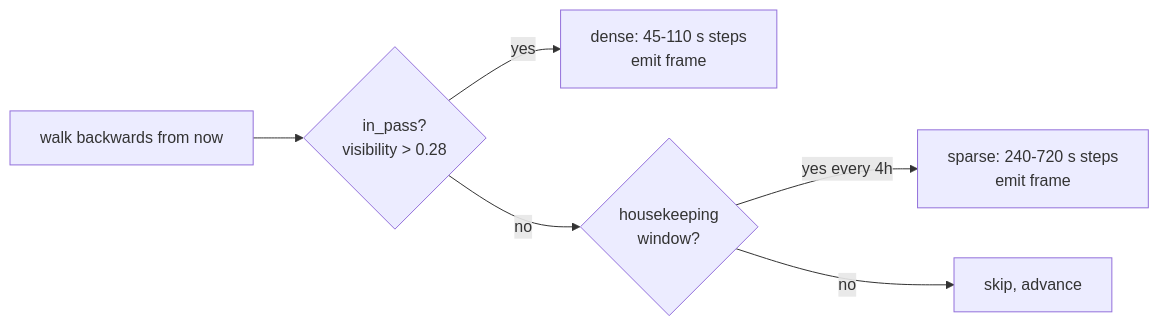
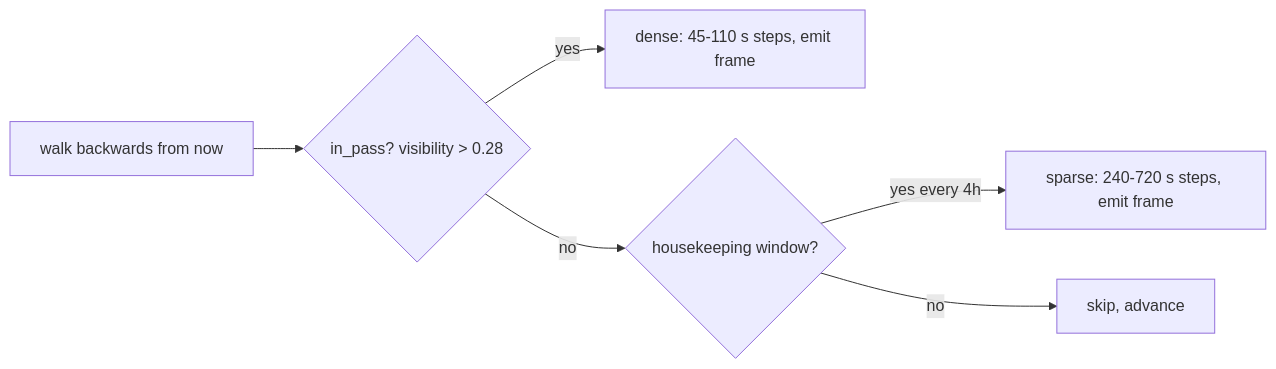
One commit to yoohooshantanu/Downlink changed the sixth of 9 diagrams in README.md. Above: the diagram before and after it, drawn with Mermaid. The commit also changed other lines of this file, not shown here.

Commit message:
docs: use purely standard mermaid syntax to fix VS Code / Markdown preview compatibility

````diff
--- a/README.md
+++ b/README.md
@@ -284,8 +287,8 @@
 ```mermaid
 flowchart LR
-    A["walk backwards from now"] --> B{"in_pass?<br/>visibility > 0.28"}
-    B -->|yes| C["dense: 45-110 s steps<br/>emit frame"]
-    B -->|no| D{"housekeeping<br/>window?"}
-    D -->|yes every 4h| E["sparse: 240-720 s steps<br/>emit frame"]
+    A["walk backwards from now"] --> B{"in_pass? visibility > 0.28"}
+    B -->|yes| C["dense: 45-110 s steps, emit frame"]
+    B -->|no| D{"housekeeping window?"}
+    D -->|yes every 4h| E["sparse: 240-720 s steps, emit frame"]
     D -->|no| F["skip, advance"]
 ```
````
